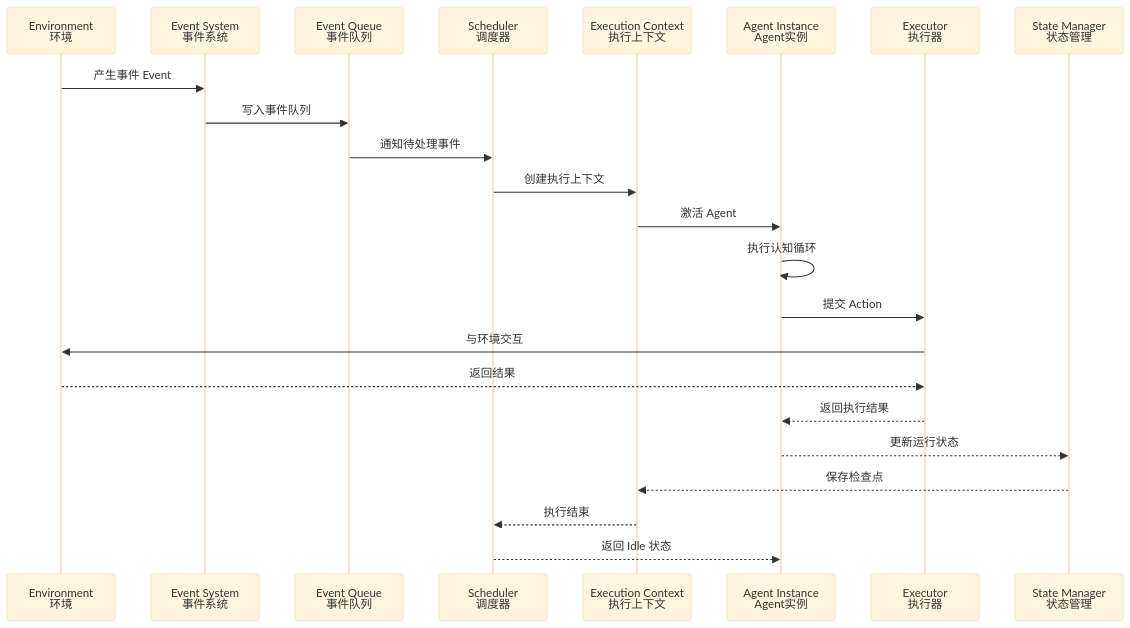
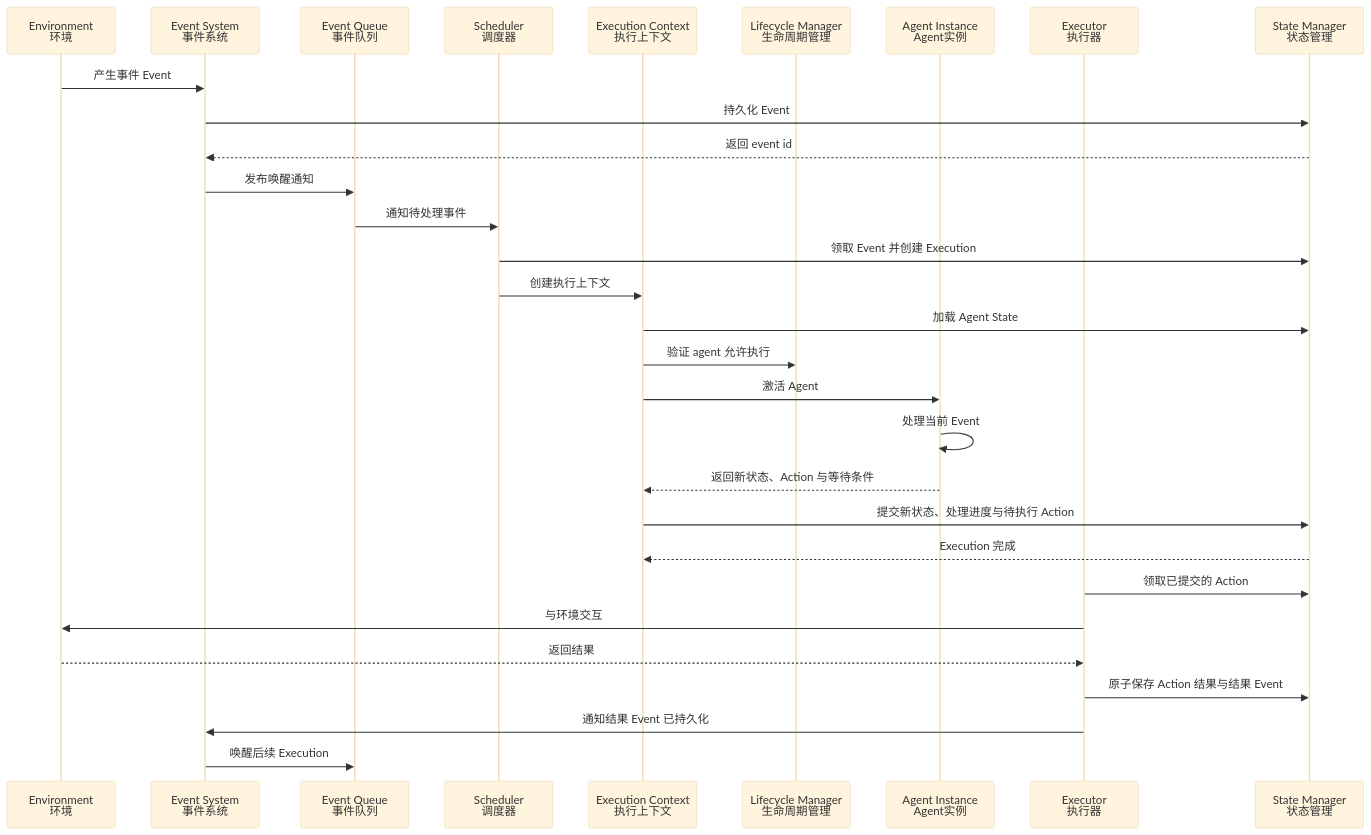
Before and after one commit to jm5905938/agent-runtime: the third of 3 diagrams in docs/architecture/runtime.md, drawn with Mermaid (base theme). The commit also changed other lines of this file, not shown here.

````diff
--- a/docs/architecture/runtime.md
+++ b/docs/architecture/runtime.md
@@ -88,42 +218,38 @@
 ```mermaid
 sequenceDiagram
 
     participant Env as Environment<br/>环境
     participant Event as Event System<br/>事件系统
     participant Queue as Event Queue<br/>事件队列
     participant Scheduler as Scheduler<br/>调度器
     participant Context as Execution Context<br/>执行上下文
+    participant Lifecycle as Lifecycle Manager<br/>生命周期管理
     participant Agent as Agent Instance<br/>Agent实例
     participant Executor as Executor<br/>执行器
     participant State as State Manager<br/>状态管理
 
-
     Env->>Event: 产生事件 Event
-
-    Event->>Queue: 写入事件队列
+    Event->>State: 持久化 Event
+    State-->>Event: 返回 event id
+    Event->>Queue: 发布唤醒通知
 
     Queue->>Scheduler: 通知待处理事件
-
+    Scheduler->>State: 领取 Event 并创建 Execution
     Scheduler->>Context: 创建执行上下文
-
+    Context->>State: 加载 Agent State
+    Context->>Lifecycle: 验证 agent 允许执行
     Context->>Agent: 激活 Agent
 
-    Agent->>Agent: 执行认知循环
+    Agent->>Agent: 处理当前 Event
+    Agent-->>Context: 返回新状态、Action 与等待条件
+    Context->>State: 提交新状态、处理进度与待执行 Action
+    State-->>Context: Execution 完成
 
-    Agent->>Executor: 提交 Action
-
+    Executor->>State: 领取已提交的 Action
     Executor->>Env: 与环境交互
-
     Env-->>Executor: 返回结果
-
-    Executor-->>Agent: 返回执行结果
-
-    Agent-->>State: 更新运行状态
-
-    State-->>Context: 保存检查点
-
-    Context-->>Scheduler: 执行结束
-
-    Scheduler-->>Agent: 返回 Idle 状态
+    Executor->>State: 原子保存 Action 结果与结果 Event
+    Executor->>Event: 通知结果 Event 已持久化
+    Event->>Queue: 唤醒后续 Execution
 
 ```
````
